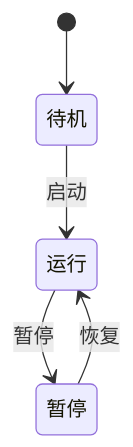
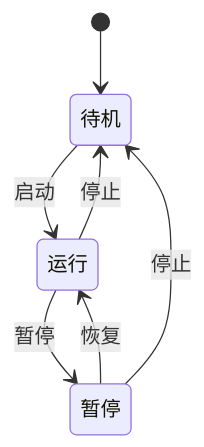
One commit to onshinpei/ds-markdown-mermaid-plugin changed the sixth of 6 diagrams in README.md. Above: the diagram before and after it, drawn with Mermaid. The commit also changed other lines of this file, not shown here.

````diff
--- a/README.md
+++ b/README.md
@@ -290,7 +172,9 @@
 ```mermaid
 stateDiagram-v2
-  [*] --> 待机
-  待机 --> 运行 : 启动
-  运行 --> 暂停 : 暂停
-  暂停 --> 运行 : 恢复
+    [*] --> 待机
+    待机 --> 运行 : 启动
+    运行 --> 暂停 : 暂停
+    暂停 --> 运行 : 恢复
+    运行 --> 待机 : 停止
+    暂停 --> 待机 : 停止
 ```
````
